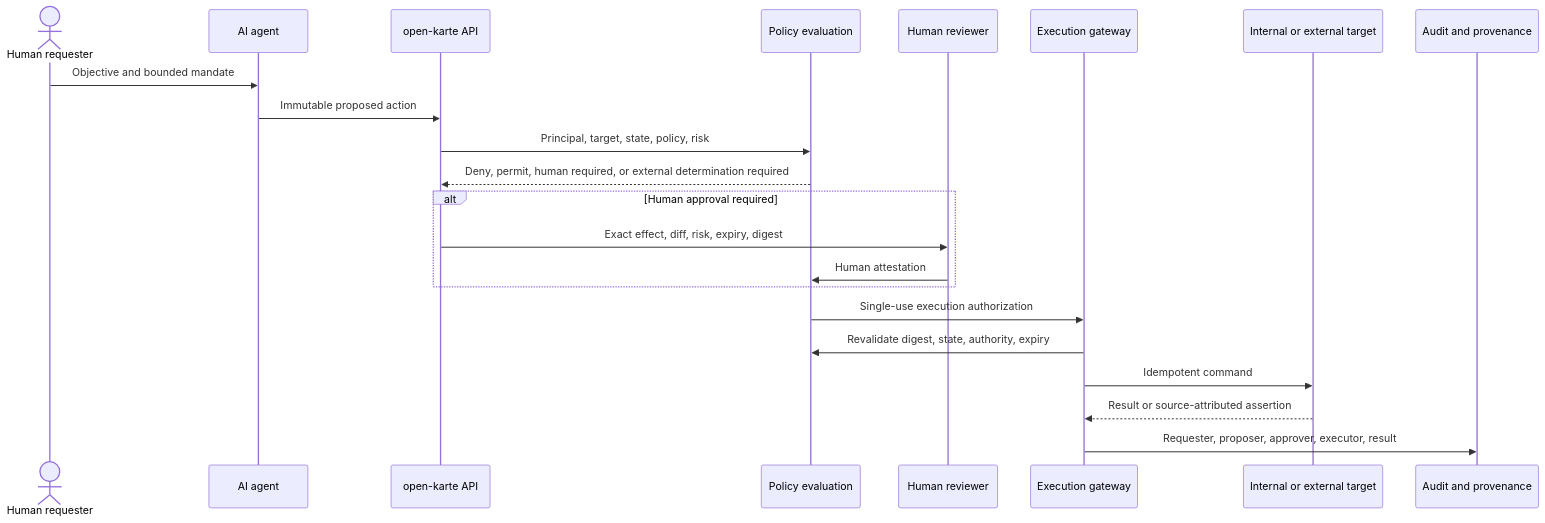
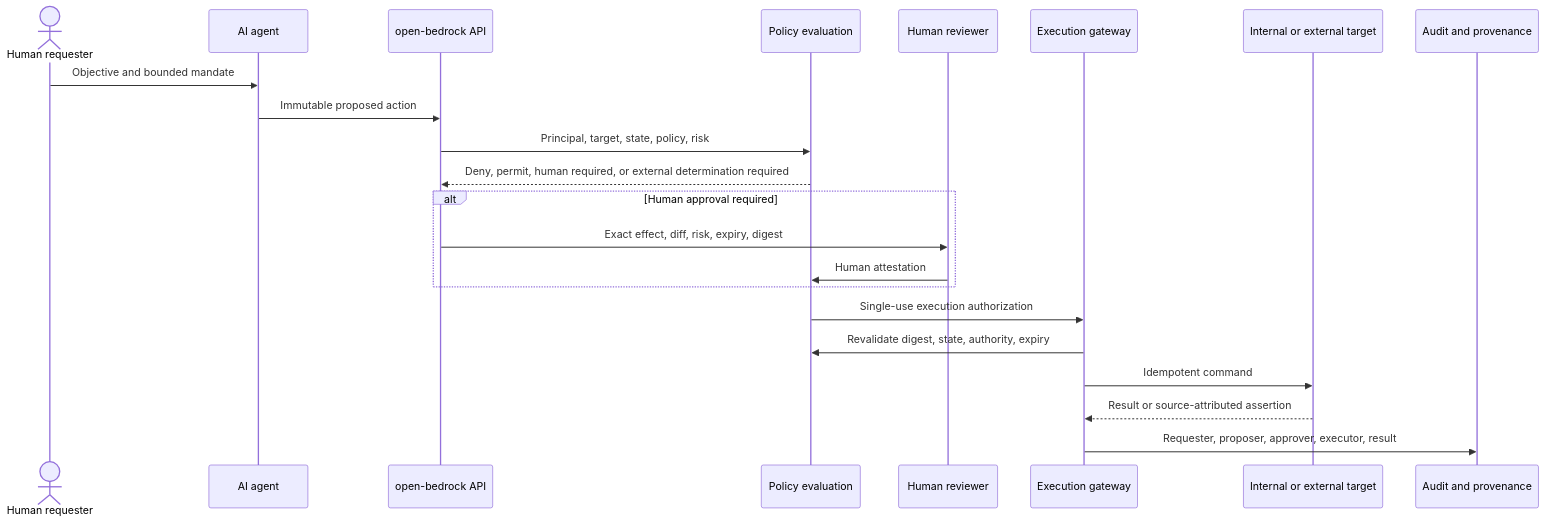
One commit to interactive-inc/open-bedrock changed the first of 2 diagrams in .docs/automation-model.md. Above: the diagram before and after it, drawn with Mermaid. The commit also changed 28 other files, not shown here.

Commit message:
chore: rename the product from open-karte to open-bedrock in docs and copy

````diff
--- a/.docs/automation-model.md
+++ b/.docs/automation-model.md
@@ -16,27 +16,27 @@
 ```mermaid
 sequenceDiagram
   actor Human as Human requester
   participant Agent as AI agent
-  participant API as open-karte API
+  participant API as open-bedrock API
   participant Policy as Policy evaluation
   participant Reviewer as Human reviewer
   participant Gateway as Execution gateway
   participant Target as Internal or external target
   participant Audit as Audit and provenance
 
   Human->>Agent: Objective and bounded mandate
   Agent->>API: Immutable proposed action
   API->>Policy: Principal, target, state, policy, risk
   Policy-->>API: Deny, permit, human required, or external determination required
 
   alt Human approval required
     API->>Reviewer: Exact effect, diff, risk, expiry, digest
     Reviewer->>Policy: Human attestation
   end
 
   Policy->>Gateway: Single-use execution authorization
   Gateway->>Policy: Revalidate digest, state, authority, expiry
   Gateway->>Target: Idempotent command
   Target-->>Gateway: Result or source-attributed assertion
   Gateway->>Audit: Requester, proposer, approver, executor, result
 ```
````
